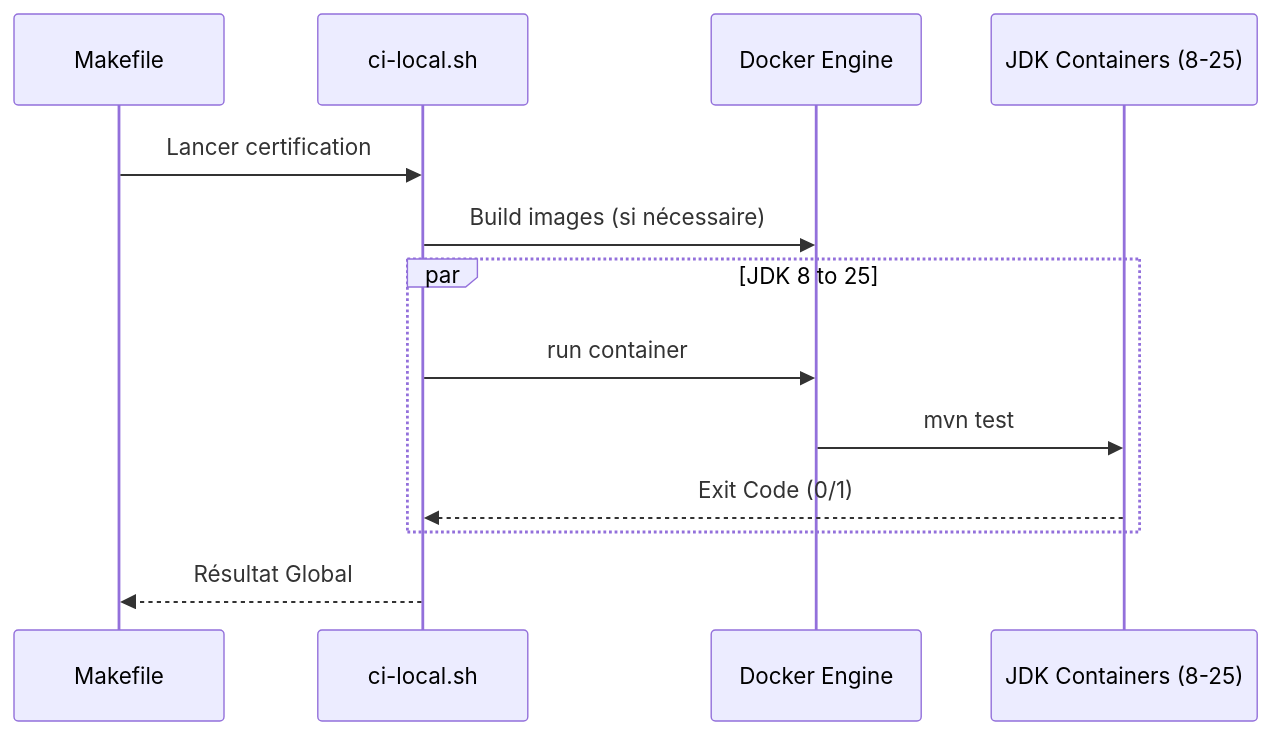
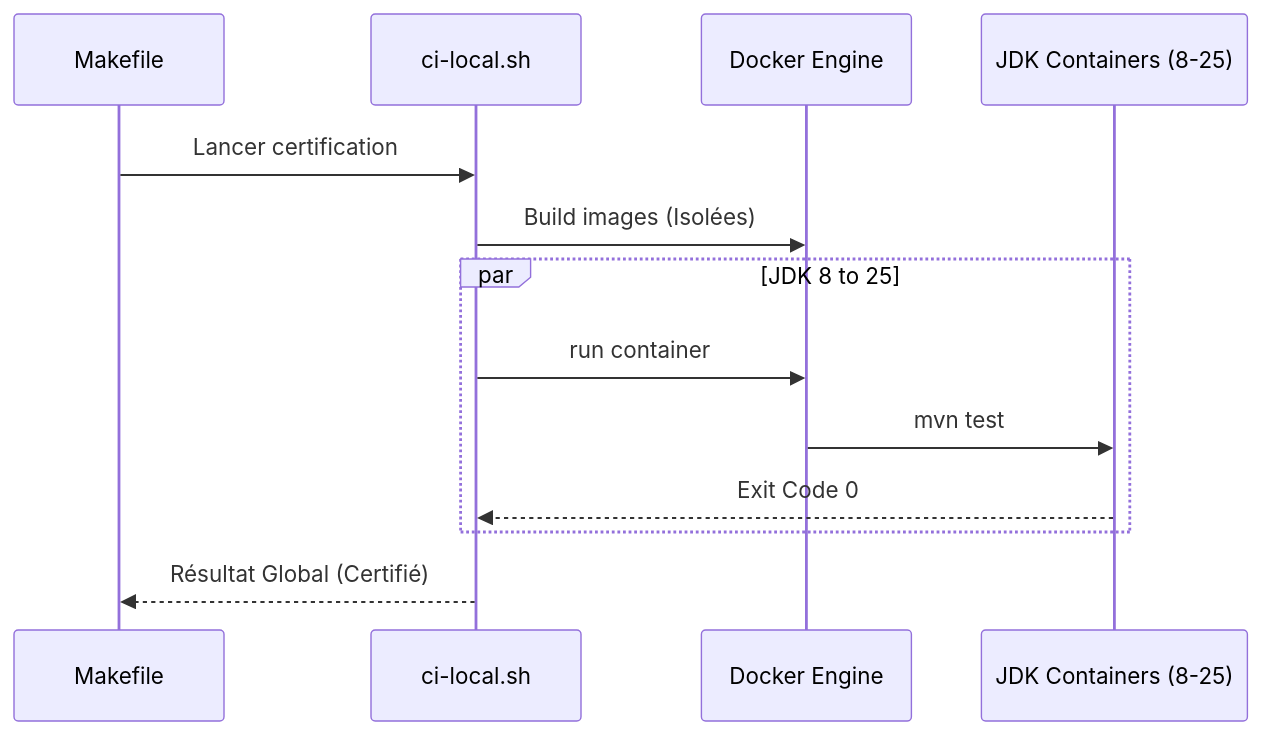
The second of 2 diagrams in docs/CI_DOCUMENTATION.md (Q300Z/scribejava), drawn with Mermaid before and after one commit. The commit also changed other lines of this file and 7 other files, not shown here.

First line of the commit message:
chore(ci): implement zero-touch release flow with release-it

````diff
--- a/docs/CI_DOCUMENTATION.md
+++ b/docs/CI_DOCUMENTATION.md
@@ -50,16 +75,16 @@
 ```mermaid
 sequenceDiagram
     participant M as Makefile
     participant S as ci-local.sh
     participant D as Docker Engine
     participant J as JDK Containers (8-25)
 
     M->>S: Lancer certification
-    S->>D: Build images (si nécessaire)
+    S->>D: Build images (Isolées)
     par JDK 8 to 25
         S->>D: run container
         D->>J: mvn test
-        J-->>S: Exit Code (0/1)
+        J-->>S: Exit Code 0
     end
-    S-->>M: Résultat Global
+    S-->>M: Résultat Global (Certifié)
 ```
````
